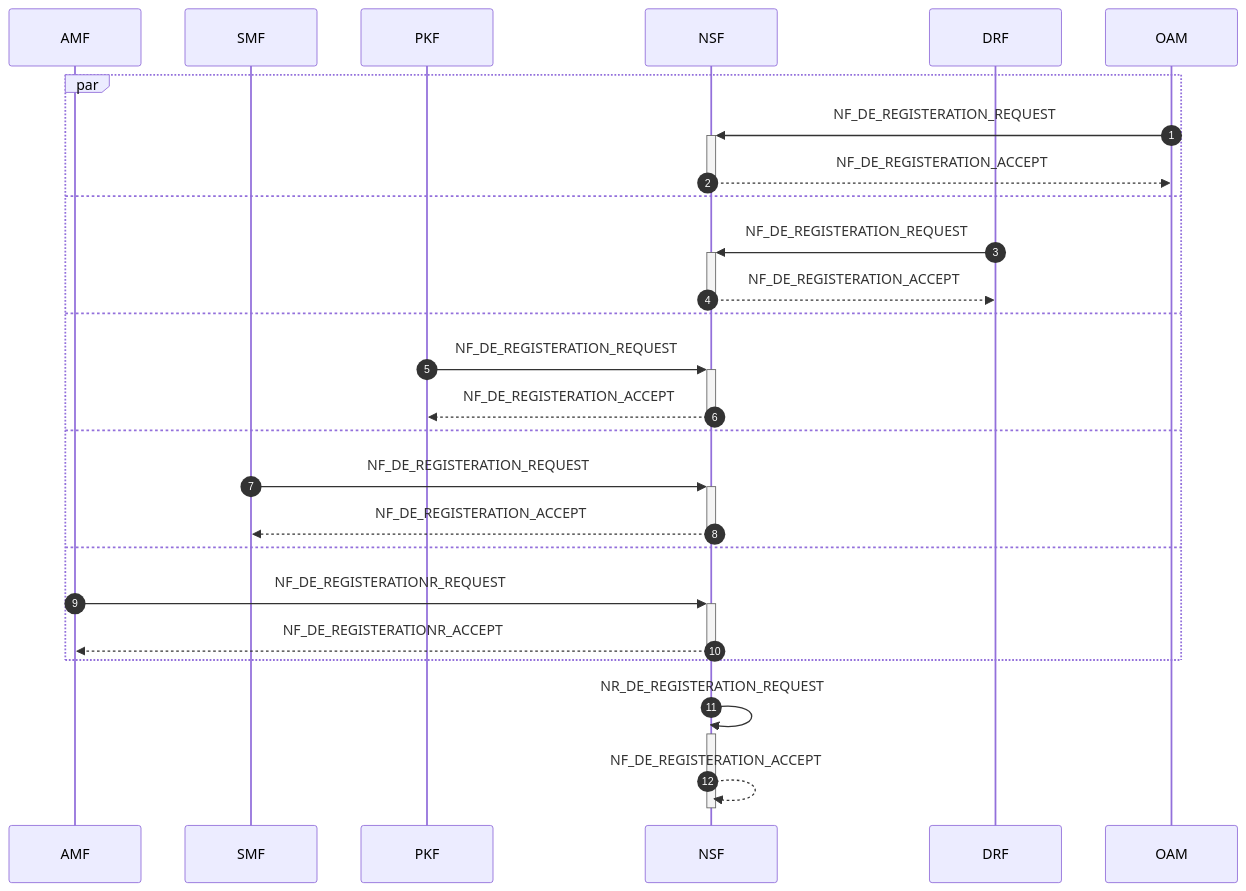
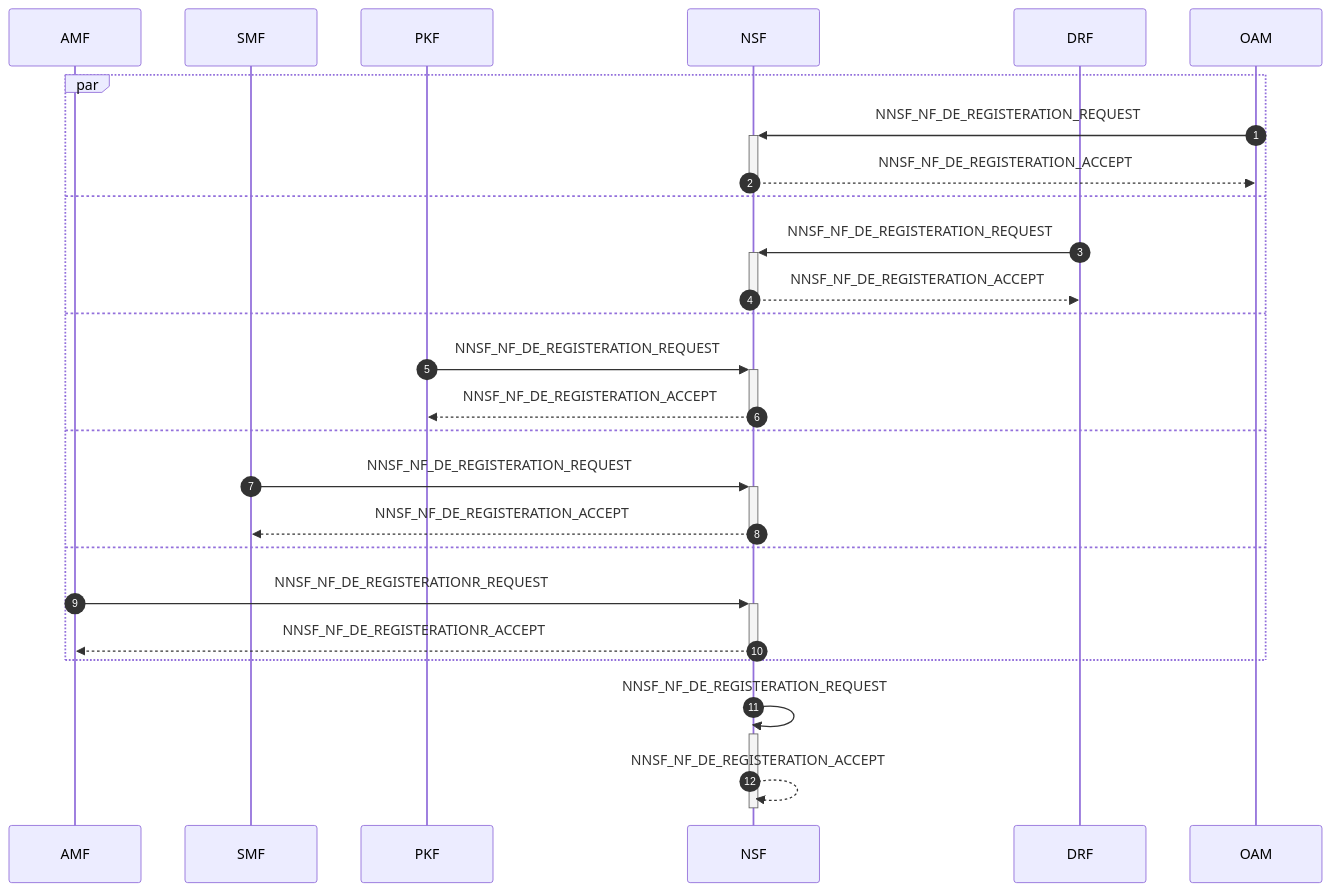
Before and after one commit to veil-link/veilink: the second of 8 diagrams in doc/doc-spec/00-series-general/00.002-procedure.md, drawn with Mermaid. The commit also changed other lines of this file and 1 other file, not shown here.

````diff
--- a/doc/doc-spec/00-series-general/00.002-procedure.md
+++ b/doc/doc-spec/00-series-general/00.002-procedure.md
@@ -41,31 +41,31 @@
 ```mermaid
 sequenceDiagram
     autonumber
 
     participant amf as AMF
     participant smf as SMF
     participant pkf as PKF
     participant nsf as NSF
     participant drf as DRF
     participant oam as OAM
 
     par
-        oam ->>+ nsf:NF_DE_REGISTERATION_REQUEST
-        nsf -->>- oam:NF_DE_REGISTERATION_ACCEPT
+        oam ->>+ nsf: NNSF_NF_DE_REGISTERATION_REQUEST
+        nsf -->>- oam: NNSF_NF_DE_REGISTERATION_ACCEPT
     and
-        drf ->>+ nsf:NF_DE_REGISTERATION_REQUEST
-        nsf -->>- drf:NF_DE_REGISTERATION_ACCEPT
+        drf ->>+ nsf: NNSF_NF_DE_REGISTERATION_REQUEST
+        nsf -->>- drf: NNSF_NF_DE_REGISTERATION_ACCEPT
     and
-        pkf ->>+ nsf:NF_DE_REGISTERATION_REQUEST
-        nsf -->>- pkf:NF_DE_REGISTERATION_ACCEPT
+        pkf ->>+ nsf: NNSF_NF_DE_REGISTERATION_REQUEST
+        nsf -->>- pkf: NNSF_NF_DE_REGISTERATION_ACCEPT
     and
-        smf ->>+ nsf:NF_DE_REGISTERATION_REQUEST
-        nsf -->>- smf:NF_DE_REGISTERATION_ACCEPT
+        smf ->>+ nsf: NNSF_NF_DE_REGISTERATION_REQUEST
+        nsf -->>- smf: NNSF_NF_DE_REGISTERATION_ACCEPT
     and
-        amf ->>+ nsf:NF_DE_REGISTERATIONR_REQUEST
-        nsf -->>- amf:NF_DE_REGISTERATIONR_ACCEPT
+        amf ->>+ nsf: NNSF_NF_DE_REGISTERATIONR_REQUEST
+        nsf -->>- amf: NNSF_NF_DE_REGISTERATIONR_ACCEPT
     end
 
-    nsf ->>+ nsf:NR_DE_REGISTERATION_REQUEST
-    nsf -->>- nsf:NF_DE_REGISTERATION_ACCEPT
+    nsf ->>+ nsf: NNSF_NF_DE_REGISTERATION_REQUEST
+    nsf -->>- nsf: NNSF_NF_DE_REGISTERATION_ACCEPT
 ```
````
